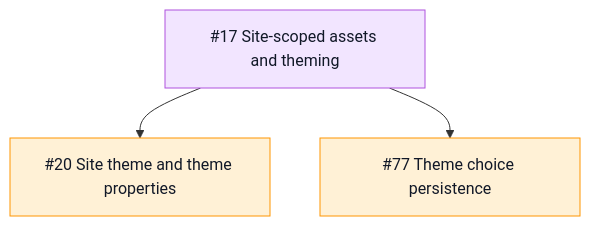
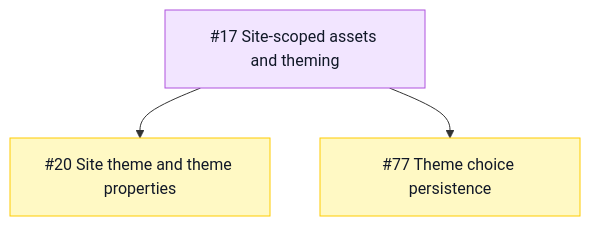
Before and after one commit to TileDown/tile-down: the fourth of 9 diagrams in README.md, drawn with Mermaid.

Commit message:
docs(readme): mark theming issues in review

````diff
--- a/README.md
+++ b/README.md
@@ -100,9 +100,10 @@
 ```mermaid
 flowchart TD
   Epic["#17 Site-scoped assets and theming"]:::epic
-  Epic --> Theme["#20 Site theme and theme properties"]:::todo
-  Epic --> Persistence["#77 Theme choice persistence"]:::todo
+  Epic --> Theme["#20 Site theme and theme properties"]:::review
+  Epic --> Persistence["#77 Theme choice persistence"]:::review
 
   classDef epic fill:#f2e5ff,stroke:#af52de,color:#111827
+  classDef review fill:#fff9c4,stroke:#ffcc00,color:#111827
   classDef todo fill:#fff1d6,stroke:#ff9500,color:#111827
 ```
````
